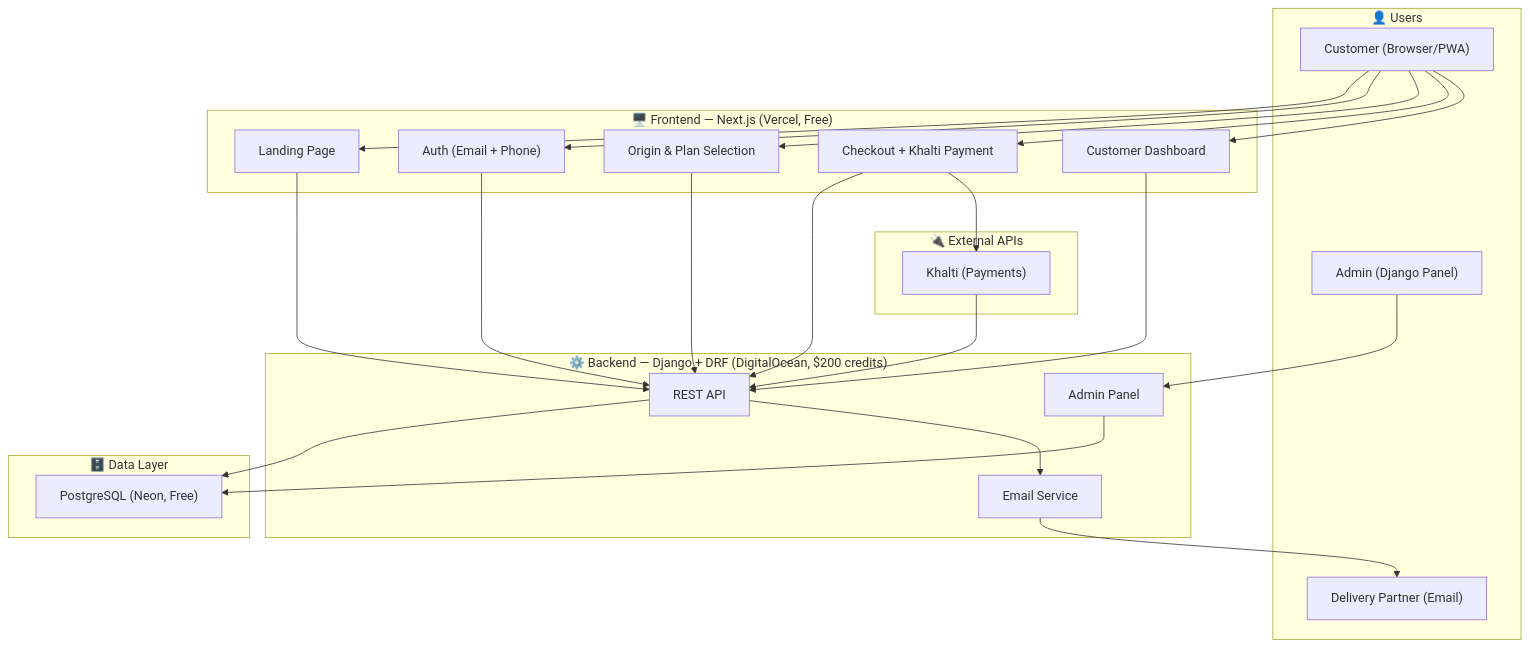
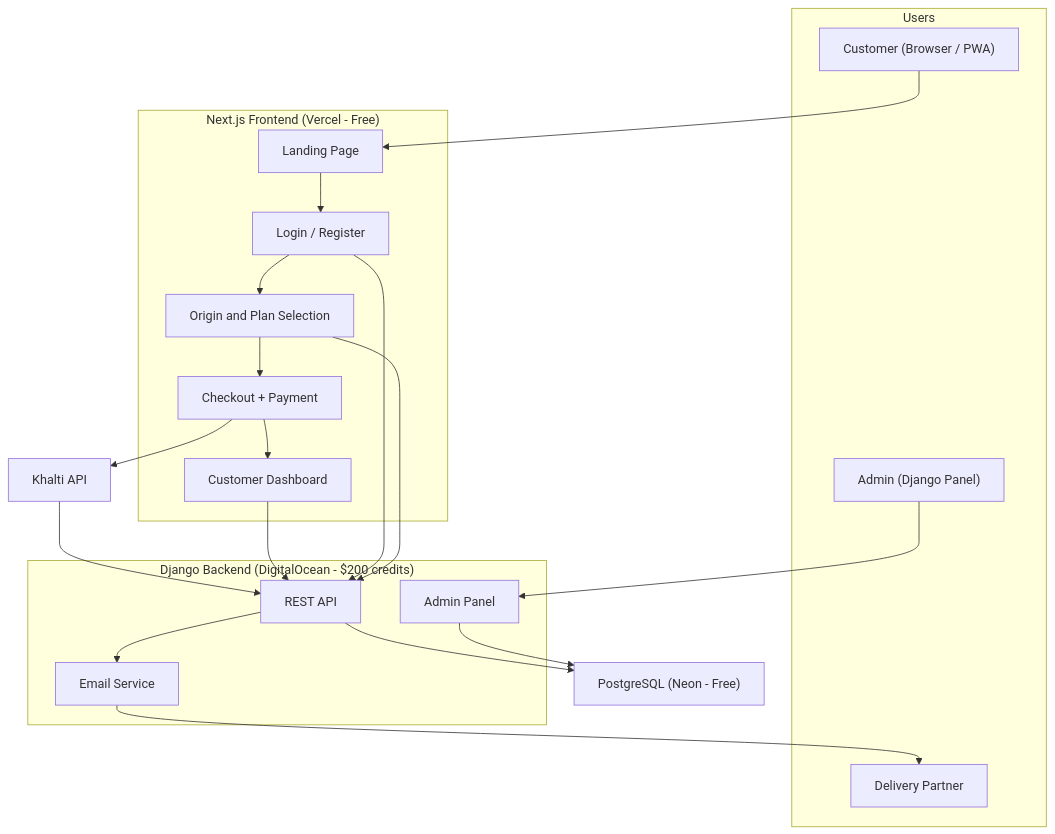
Before and after one commit to CapstoneDesign-Fall2026-UlsanCollege/team_2_capstone_design: the diagram in docs/week-03/architecture-sketch.md, drawn with Mermaid.

Commit message:
clean up architecture diagram for better rendering

````diff
--- a/docs/week-03/architecture-sketch.md
+++ b/docs/week-03/architecture-sketch.md
@@ -48,38 +48,36 @@
 ```mermaid
-flowchart TB
-    subgraph Users ["👤 Users"]
-        A["Customer (Browser/PWA)"]
-        B["Admin (Django Panel)"]
-        C["Delivery Partner (Email)"]
+flowchart TD
+    subgraph Users
+        Customer["Customer (Browser / PWA)"]
+        Admin["Admin (Django Panel)"]
+        Partner["Delivery Partner"]
     end
 
-    subgraph Frontend ["🖥️ Frontend — Next.js (Vercel, Free)"]
-        D["Landing Page"]
-        E["Auth (Email + Phone)"]
-        F["Origin & Plan Selection"]
-        G["Checkout + Khalti Payment"]
-        H["Customer Dashboard"]
+    subgraph Frontend ["Next.js Frontend (Vercel - Free)"]
+        LP["Landing Page"]
+        Auth["Login / Register"]
+        Plans["Origin and Plan Selection"]
+        Checkout["Checkout + Payment"]
+        Dashboard["Customer Dashboard"]
     end
 
-    subgraph Backend ["⚙️ Backend — Django + DRF (DigitalOcean, $200 credits)"]
-        I["REST API"]
-        J["Admin Panel"]
-        K["Email Service"]
+    subgraph Backend ["Django Backend (DigitalOcean - $200 credits)"]
+        API["REST API"]
+        AdminPanel["Admin Panel"]
+        Email["Email Service"]
     end
 
-    subgraph Data ["🗄️ Data Layer"]
-        L["PostgreSQL (Neon, Free)"]
-    end
+    DB["PostgreSQL (Neon - Free)"]
+    Khalti["Khalti API"]
 
-    subgraph External ["🔌 External APIs"]
-        M["Khalti (Payments)"]
-    end
-
-    A --> D & E & F & G & H
-    B --> J
-    D & E & F & G & H --> I
-    I --> L
-    I --> K --> C
-    G --> M --> I
-    J --> L
+    Customer --> LP --> Auth --> Plans --> Checkout --> Dashboard
+    Admin --> AdminPanel
+    Checkout --> Khalti
+    Khalti --> API
+    Dashboard --> API
+    Auth --> API
+    Plans --> API
+    API --> DB
+    AdminPanel --> DB
+    API --> Email --> Partner
 ```
````
